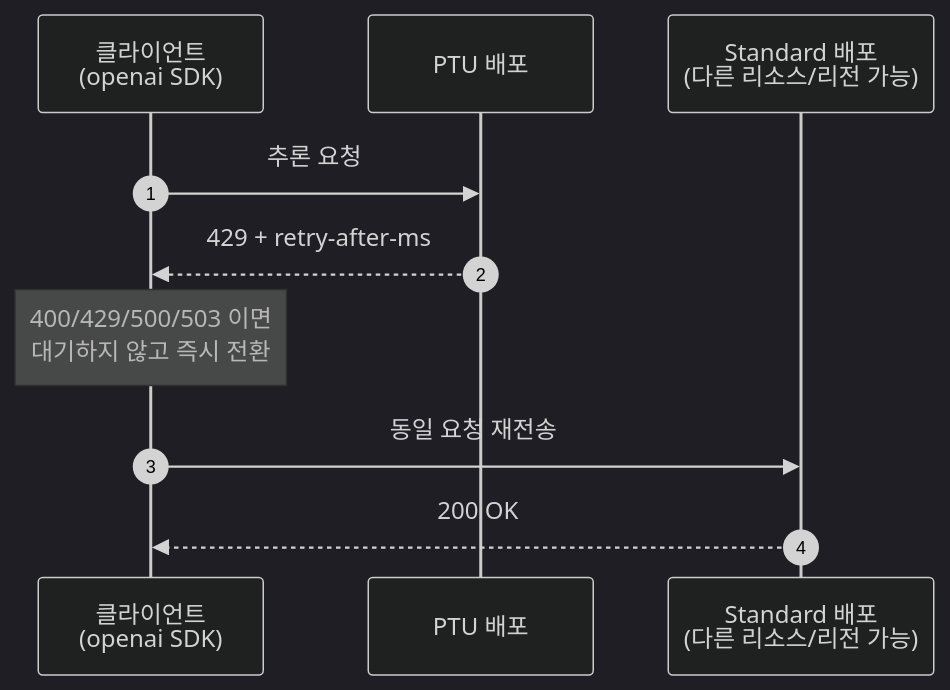
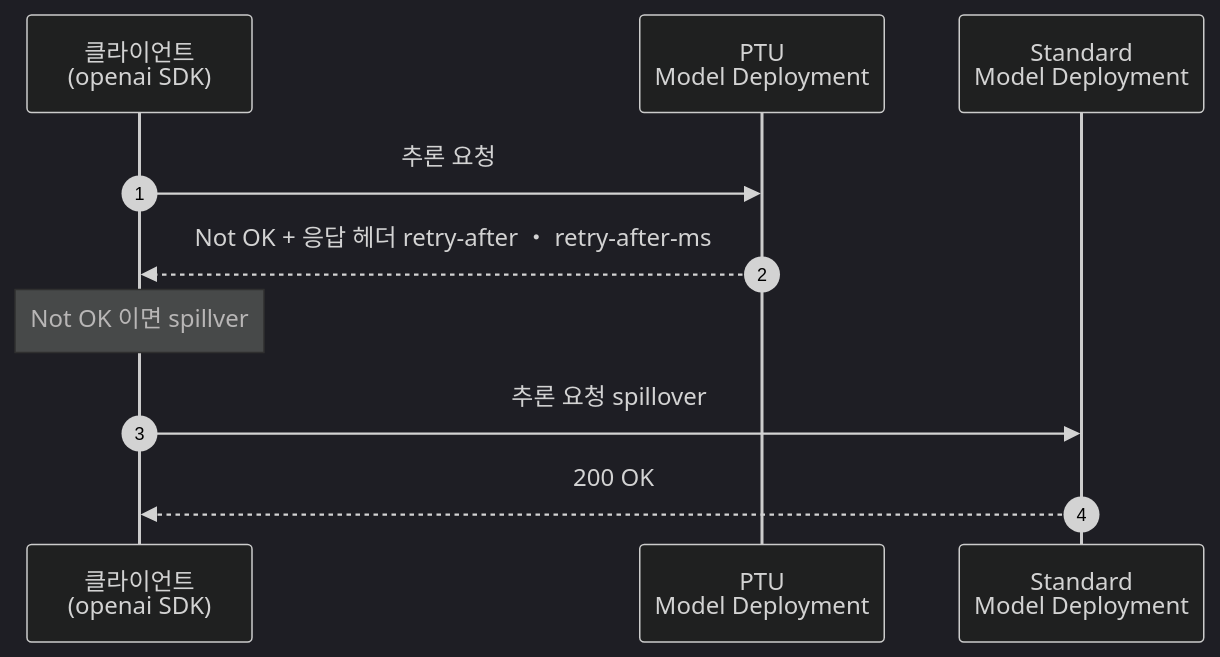
One commit to ivorycloud1013/lab-azure-guide-foundry-ptu changed the fifth of 6 diagrams in README.md. Above: the diagram before and after it, drawn with Mermaid (dark theme). The commit also changed other lines of this file, not shown here.

````diff
--- a/README.md
+++ b/README.md
@@ -396,13 +391,13 @@
 ```mermaid
 sequenceDiagram
     autonumber
     participant Client as 클라이언트<br/>(openai SDK)
-    participant PTU as PTU 배포
-    participant STD as Standard 배포<br/>(다른 리소스/리전 가능)
+    participant PTU as PTU<br/>Model Deployment
+    participant STD as Standard<br/>Model Deployment
 
     Client->>PTU: 추론 요청
-    PTU-->>Client: 429 + retry-after-ms
-    Note over Client: 400/429/500/503 이면<br/>대기하지 않고 즉시 전환
-    Client->>STD: 동일 요청 재전송
+    PTU-->>Client: Not OK + 응답 헤더 retry-after ・ retry-after-ms
+    Note over Client: Not OK 이면 spillver
+    Client->>STD: 추론 요청 spillover
     STD-->>Client: 200 OK
 ```
````
